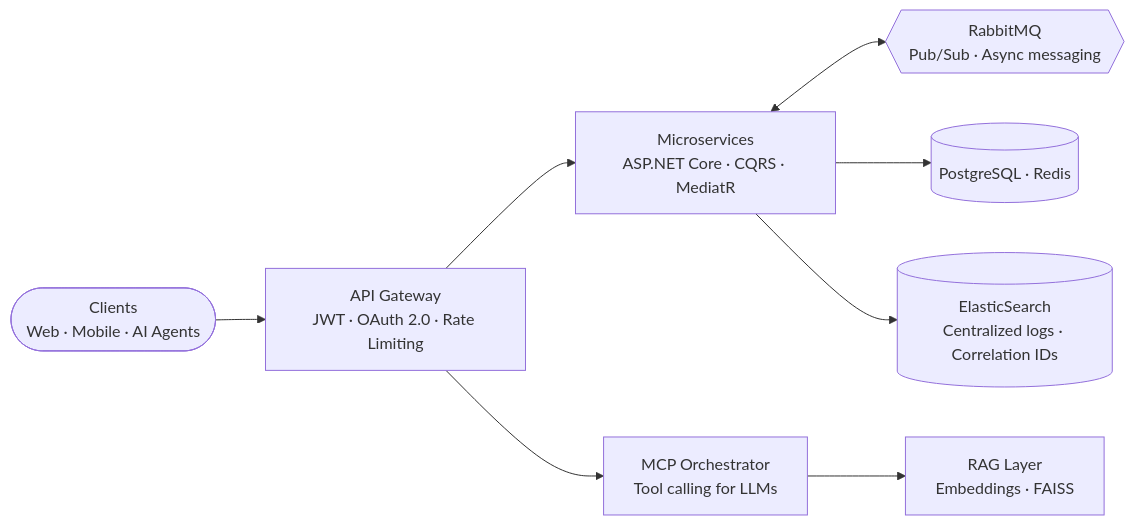
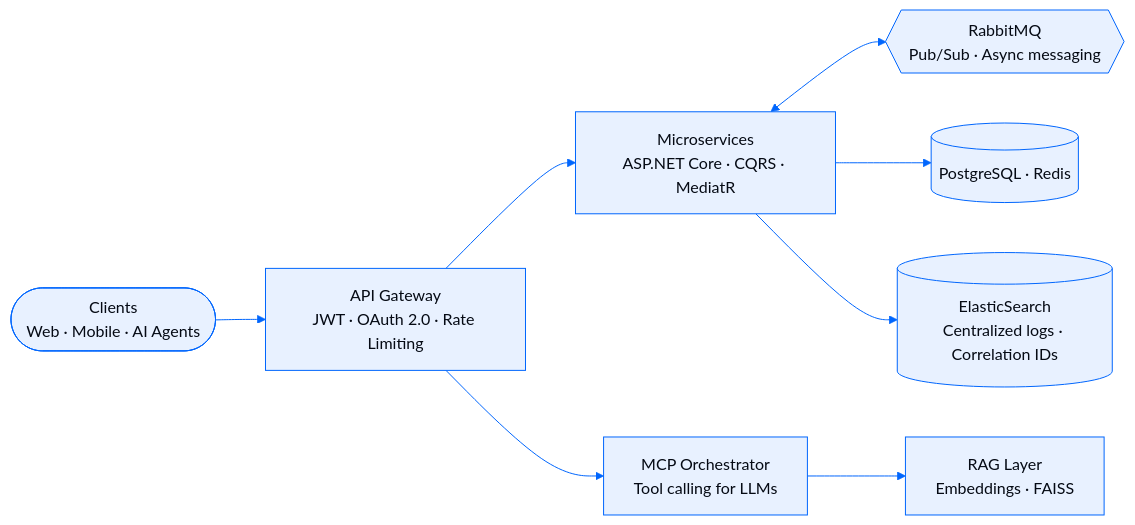
One commit to ZEYDLCN/ZEYDLCN changed the diagram in README.md. Above: the diagram before and after it, drawn with Mermaid. The commit also changed other lines of this file and 5 other files, not shown here.

````diff
--- a/README.md
+++ b/README.md
@@ -135,10 +138,11 @@
 ```mermaid
+%%{init: {"theme": "base", "themeVariables": {"primaryColor": "#E8F1FF", "primaryTextColor": "#050A14", "primaryBorderColor": "#0066FD", "lineColor": "#0066FD", "secondaryColor": "#E8F1FF", "tertiaryColor": "#FFFFFF"}}}%%
 flowchart LR
     C(["Clients<br/>Web · Mobile · AI Agents"]) --> G["API Gateway<br/>JWT · OAuth 2.0 · Rate Limiting"]
     G --> S["Microservices<br/>ASP.NET Core · CQRS · MediatR"]
     G --> M["MCP Orchestrator<br/>Tool calling for LLMs"]
     M --> R["RAG Layer<br/>Embeddings · FAISS"]
     S <--> Q{{"RabbitMQ<br/>Pub/Sub · Async messaging"}}
     S --> D[("PostgreSQL · Redis")]
     S --> L[("ElasticSearch<br/>Centralized logs · Correlation IDs")]
 ```
````
